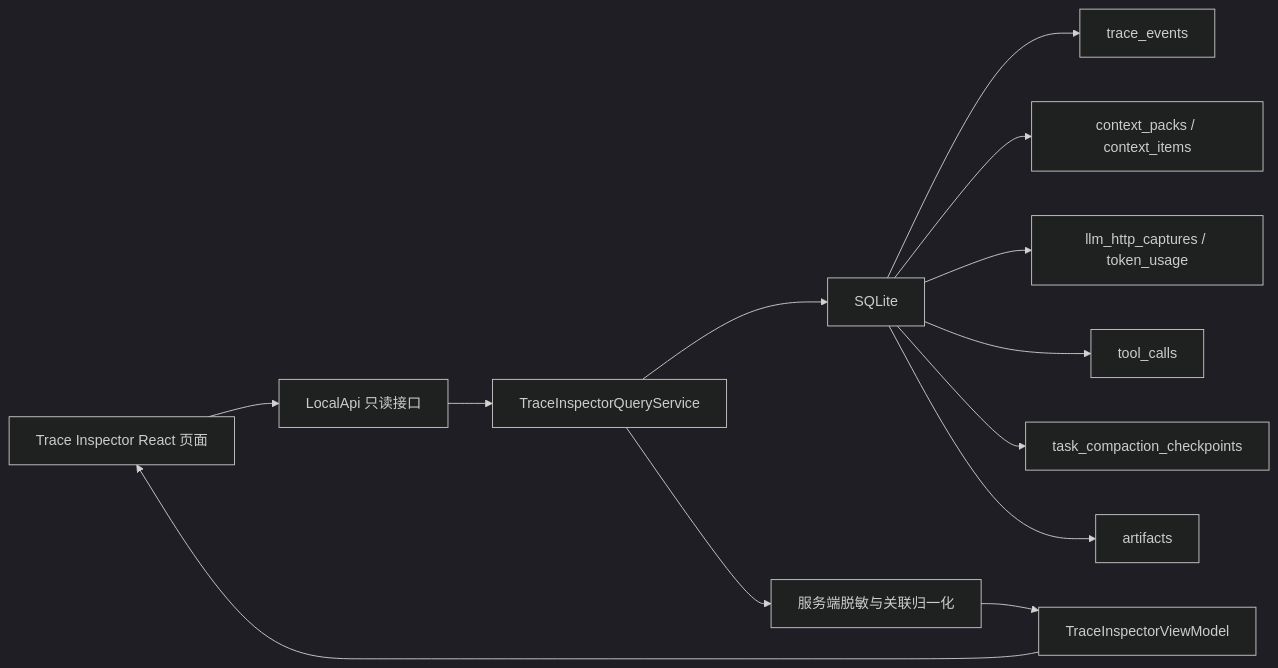
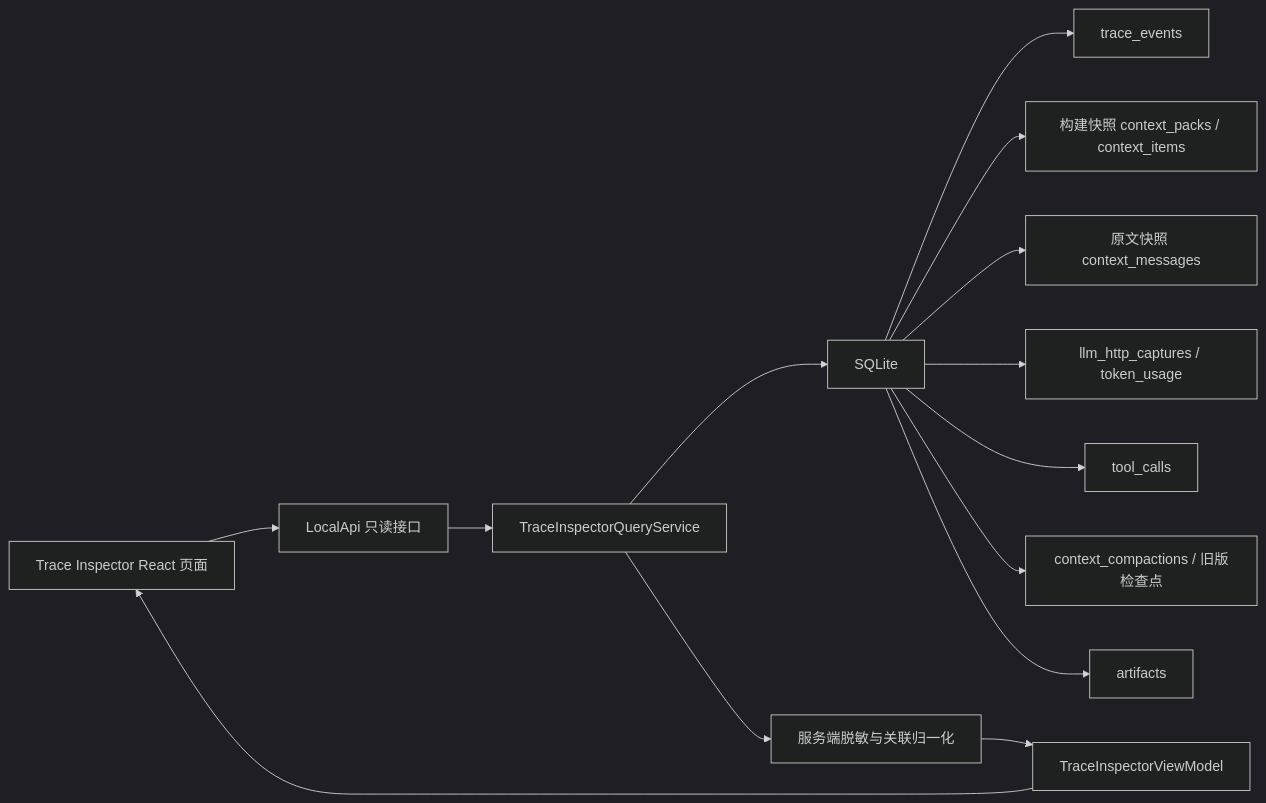
One commit to hfqf/figo-agent changed the diagram in docs/agent/modules/ui/trace-inspector/2026-10-14-TraceInspector实施设计.md. Above: the diagram before and after it, drawn with Mermaid (dark theme). The commit also changed other lines of this file and 1 other file, not shown here.

````diff
--- a/docs/agent/modules/ui/trace-inspector/2026-10-14-TraceInspector实施设计.md
+++ b/docs/agent/modules/ui/trace-inspector/2026-10-14-TraceInspector实施设计.md
@@ -528,15 +629,16 @@
 ```mermaid
 flowchart LR
   UI["Trace Inspector React 页面"] --> API["LocalApi 只读接口"]
   API --> Query["TraceInspectorQueryService"]
   Query --> DB["SQLite"]
   DB --> Trace["trace_events"]
-  DB --> Context["context_packs / context_items"]
+  DB --> Context["构建快照 context_packs / context_items"]
+  DB --> Messages["原文快照 context_messages"]
   DB --> Capture["llm_http_captures / token_usage"]
   DB --> Tools["tool_calls"]
-  DB --> Compact["task_compaction_checkpoints"]
+  DB --> Compact["context_compactions / 旧版检查点"]
   DB --> Artifacts["artifacts"]
   Query --> Redact["服务端脱敏与关联归一化"]
   Redact --> VM["TraceInspectorViewModel"]
   VM --> UI
 ```
````
